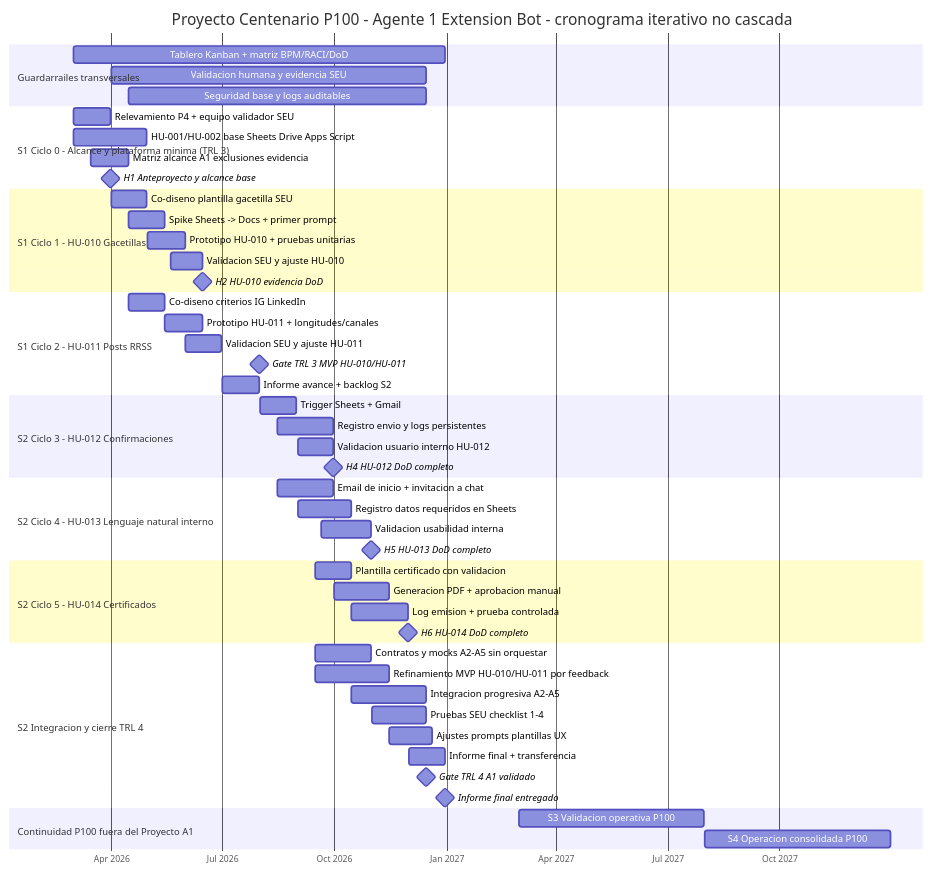
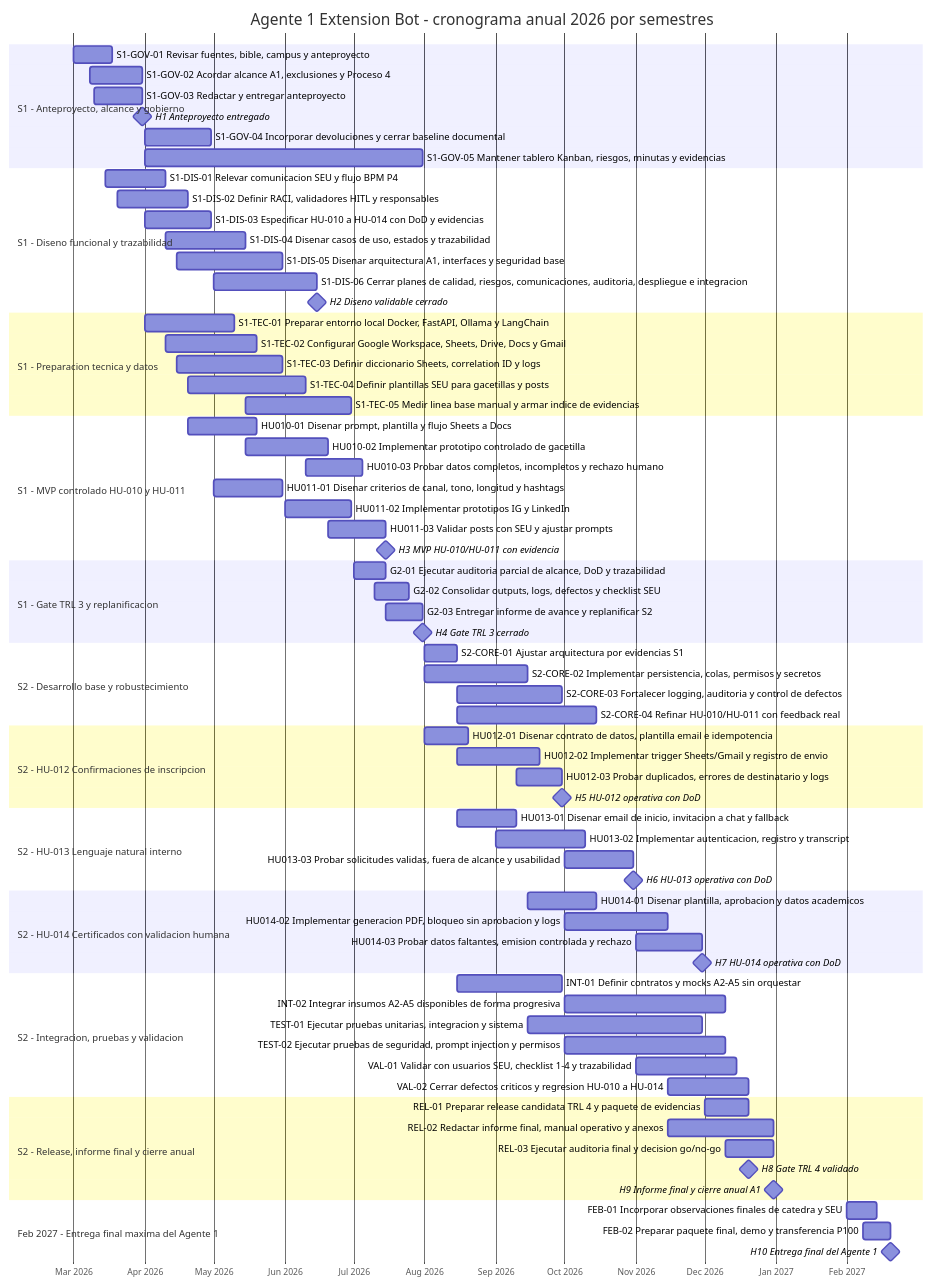
The diagram in Documentos/Gantt/diagrama-gantt-agente-1.mmd (SpendIce/Proyecto-Final), drawn with Mermaid before and after one commit. The commit also changed 3 other files, not shown here.

Commit message:
docs(gantt): focus agente 1 schedule on 2026

```diff
--- a/Documentos/Gantt/diagrama-gantt-agente-1.mmd
+++ b/Documentos/Gantt/diagrama-gantt-agente-1.mmd
@@ -1,62 +1,88 @@
 gantt
-    title Proyecto Centenario P100 - Agente 1 Extension Bot - cronograma iterativo no cascada
+    title Agente 1 Extension Bot - cronograma anual 2026 por semestres
     dateFormat  YYYY-MM-DD
     axisFormat  %b %Y
     todayMarker stroke-width:2px,stroke:#0f766e,opacity:0.6
 
-    section Guardarrailes transversales
-    Tablero Kanban + matriz BPM/RACI/DoD              :guard1, 2026-03-01, 2026-12-31
-    Validacion humana y evidencia SEU                 :guard2, 2026-04-01, 2026-12-15
-    Seguridad base y logs auditables                  :guard3, 2026-04-15, 2026-12-15
+    section S1 - Anteproyecto, alcance y gobierno
+    S1-GOV-01 Revisar fuentes, bible, campus y anteproyecto        :s1gov01, 2026-03-01, 2026-03-18
+    S1-GOV-02 Acordar alcance A1, exclusiones y Proceso 4          :s1gov02, 2026-03-08, 2026-03-31
+    S1-GOV-03 Redactar y entregar anteproyecto                     :s1gov03, 2026-03-10, 2026-03-31
+    H1 Anteproyecto entregado                                      :milestone, h1, 2026-03-31, 0d
+    S1-GOV-04 Incorporar devoluciones y cerrar baseline documental :s1gov04, 2026-04-01, 2026-04-30
+    S1-GOV-05 Mantener tablero Kanban, riesgos, minutas y evidencias :s1gov05, 2026-04-01, 2026-07-31
 
-    section S1 Ciclo 0 - Alcance y plataforma minima (TRL 3)
-    Relevamiento P4 + equipo validador SEU            :c0a, 2026-03-01, 2026-03-31
-    HU-001/HU-002 base Sheets Drive Apps Script       :c0b, 2026-03-01, 2026-04-30
-    Matriz alcance A1 exclusiones evidencia           :c0c, 2026-03-15, 2026-04-15
-    H1 Anteproyecto y alcance base                    :milestone, h1, 2026-03-31, 0d
+    section S1 - Diseno funcional y trazabilidad
+    S1-DIS-01 Relevar comunicacion SEU y flujo BPM P4              :s1dis01, 2026-03-15, 2026-04-10
+    S1-DIS-02 Definir RACI, validadores HITL y responsables        :s1dis02, 2026-03-20, 2026-04-20
+    S1-DIS-03 Especificar HU-010 a HU-014 con DoD y evidencias     :s1dis03, 2026-04-01, 2026-04-30
+    S1-DIS-04 Disenar casos de uso, estados y trazabilidad         :s1dis04, 2026-04-10, 2026-05-15
+    S1-DIS-05 Disenar arquitectura A1, interfaces y seguridad base :s1dis05, 2026-04-15, 2026-05-31
+    S1-DIS-06 Cerrar planes de calidad, riesgos, comunicaciones, auditoria, despliegue e integracion :s1dis06, 2026-05-01, 2026-06-15
+    H2 Diseno validable cerrado                                    :milestone, h2, 2026-06-15, 0d
 
-    section S1 Ciclo 1 - HU-010 Gacetillas
-    Co-diseno plantilla gacetilla SEU                 :c1a, 2026-04-01, 2026-04-30
-    Spike Sheets -> Docs + primer prompt              :c1b, 2026-04-15, 2026-05-15
-    Prototipo HU-010 + pruebas unitarias              :c1c, 2026-05-01, 2026-06-01
-    Validacion SEU y ajuste HU-010                    :c1d, 2026-05-20, 2026-06-15
-    H2 HU-010 evidencia DoD                           :milestone, h2, 2026-06-15, 0d
+    section S1 - Preparacion tecnica y datos
+    S1-TEC-01 Preparar entorno local Docker, FastAPI, Ollama y LangChain :s1tec01, 2026-04-01, 2026-05-10
+    S1-TEC-02 Configurar Google Workspace, Sheets, Drive, Docs y Gmail   :s1tec02, 2026-04-10, 2026-05-20
+    S1-TEC-03 Definir diccionario Sheets, correlation ID y logs          :s1tec03, 2026-04-15, 2026-05-31
+    S1-TEC-04 Definir plantillas SEU para gacetillas y posts             :s1tec04, 2026-04-20, 2026-06-10
+    S1-TEC-05 Medir linea base manual y armar indice de evidencias       :s1tec05, 2026-05-15, 2026-06-30
 
-    section S1 Ciclo 2 - HU-011 Posts RRSS
-    Co-diseno criterios IG LinkedIn                   :c2a, 2026-04-15, 2026-05-15
-    Prototipo HU-011 + longitudes/canales             :c2b, 2026-05-15, 2026-06-15
-    Validacion SEU y ajuste HU-011                    :c2c, 2026-06-01, 2026-06-30
-    Gate TRL 3 MVP HU-010/HU-011                      :milestone, h3, 2026-07-31, 0d
-    Informe avance + backlog S2                       :c2d, 2026-07-01, 2026-07-31
+    section S1 - MVP controlado HU-010 y HU-011
+    HU010-01 Disenar prompt, plantilla y flujo Sheets a Docs       :hu01001, 2026-04-20, 2026-05-20
+    HU010-02 Implementar prototipo controlado de gacetilla         :hu01002, 2026-05-15, 2026-06-20
+    HU010-03 Probar datos completos, incompletos y rechazo humano  :hu01003, 2026-06-10, 2026-07-05
+    HU011-01 Disenar criterios de canal, tono, longitud y hashtags :hu01101, 2026-05-01, 2026-05-31
+    HU011-02 Implementar prototipos IG y LinkedIn                  :hu01102, 2026-06-01, 2026-06-30
+    HU011-03 Validar posts con SEU y ajustar prompts               :hu01103, 2026-06-20, 2026-07-15
+    H3 MVP HU-010/HU-011 con evidencia                             :milestone, h3, 2026-07-15, 0d
 
-    section S2 Ciclo 3 - HU-012 Confirmaciones
-    Trigger Sheets + Gmail                            :c3a, 2026-08-01, 2026-08-31
-    Registro envio y logs persistentes                :c3b, 2026-08-15, 2026-09-30
-    Validacion usuario interno HU-012                 :c3c, 2026-09-01, 2026-09-30
-    H4 HU-012 DoD completo                            :milestone, h4, 2026-09-30, 0d
+    section S1 - Gate TRL 3 y replanificacion
+    G2-01 Ejecutar auditoria parcial de alcance, DoD y trazabilidad :g201, 2026-07-01, 2026-07-15
+    G2-02 Consolidar outputs, logs, defectos y checklist SEU        :g202, 2026-07-10, 2026-07-25
+    G2-03 Entregar informe de avance y replanificar S2              :g203, 2026-07-15, 2026-07-31
+    H4 Gate TRL 3 cerrado                                           :milestone, h4, 2026-07-31, 0d
 
-    section S2 Ciclo 4 - HU-013 Lenguaje natural interno
-    Email de inicio + invitacion a chat               :c4a, 2026-08-15, 2026-09-30
-    Registro datos requeridos en Sheets               :c4b, 2026-09-01, 2026-10-15
-    Validacion usabilidad interna                     :c4c, 2026-09-20, 2026-10-31
-    H5 HU-013 DoD completo                            :milestone, h5, 2026-10-31, 0d
+    section S2 - Desarrollo base y robustecimiento
+    S2-CORE-01 Ajustar arquitectura por evidencias S1              :s2core01, 2026-08-01, 2026-08-15
+    S2-CORE-02 Implementar persistencia, colas, permisos y secretos :s2core02, 2026-08-01, 2026-09-15
+    S2-CORE-03 Fortalecer logging, auditoria y control de defectos :s2core03, 2026-08-15, 2026-09-30
+    S2-CORE-04 Refinar HU-010/HU-011 con feedback real             :s2core04, 2026-08-15, 2026-10-15
 
-    section S2 Ciclo 5 - HU-014 Certificados
-    Plantilla certificado con validacion              :c5a, 2026-09-15, 2026-10-15
-    Generacion PDF + aprobacion manual                :c5b, 2026-10-01, 2026-11-15
-    Log emision + prueba controlada                   :c5c, 2026-10-15, 2026-11-30
-    H6 HU-014 DoD completo                            :milestone, h6, 2026-11-30, 0d
+    section S2 - HU-012 Confirmaciones de inscripcion
+    HU012-01 Disenar contrato de datos, plantilla email e idempotencia :hu01201, 2026-08-01, 2026-08-20
+    HU012-02 Implementar trigger Sheets/Gmail y registro de envio      :hu01202, 2026-08-15, 2026-09-20
+    HU012-03 Probar duplicados, errores de destinatario y logs         :hu01203, 2026-09-10, 2026-09-30
+    H5 HU-012 operativa con DoD                                        :milestone, h5, 2026-09-30, 0d
 
-    section S2 Integracion y cierre TRL 4
-    Contratos y mocks A2-A5 sin orquestar             :int1, 2026-09-15, 2026-10-31
-    Refinamiento MVP HU-010/HU-011 por feedback       :int2, 2026-09-15, 2026-11-15
-    Integracion progresiva A2-A5                      :int3, 2026-10-15, 2026-12-15
-    Pruebas SEU checklist 1-4                         :int4, 2026-11-01, 2026-12-15
-    Ajustes prompts plantillas UX                     :int5, 2026-11-15, 2026-12-20
-    Informe final + transferencia                     :int6, 2026-12-01, 2026-12-31
-    Gate TRL 4 A1 validado                            :milestone, h7, 2026-12-15, 0d
-    Informe final entregado                           :milestone, h8, 2026-12-31, 0d
+    section S2 - HU-013 Lenguaje natural interno
+    HU013-01 Disenar email de inicio, invitacion a chat y fallback :hu01301, 2026-08-15, 2026-09-10
+    HU013-02 Implementar autenticacion, registro y transcript      :hu01302, 2026-09-01, 2026-10-10
+    HU013-03 Probar solicitudes validas, fuera de alcance y usabilidad :hu01303, 2026-10-01, 2026-10-31
+    H6 HU-013 operativa con DoD                                    :milestone, h6, 2026-10-31, 0d
 
-    section Continuidad P100 fuera del Proyecto A1
-    S3 Validacion operativa P100                      :post1, 2027-03-01, 2027-07-31
-    S4 Operacion consolidada P100                     :post2, 2027-08-01, 2027-12-31
+    section S2 - HU-014 Certificados con validacion humana
+    HU014-01 Disenar plantilla, aprobacion y datos academicos      :hu01401, 2026-09-15, 2026-10-15
+    HU014-02 Implementar generacion PDF, bloqueo sin aprobacion y logs :hu01402, 2026-10-01, 2026-11-15
+    HU014-03 Probar datos faltantes, emision controlada y rechazo  :hu01403, 2026-11-01, 2026-11-30
+    H7 HU-014 operativa con DoD                                    :milestone, h7, 2026-11-30, 0d
+
+    section S2 - Integracion, pruebas y validacion
+    INT-01 Definir contratos y mocks A2-A5 sin orquestar           :int01, 2026-08-15, 2026-09-30
+    INT-02 Integrar insumos A2-A5 disponibles de forma progresiva  :int02, 2026-10-01, 2026-12-10
+    TEST-01 Ejecutar pruebas unitarias, integracion y sistema      :test01, 2026-09-15, 2026-11-30
+    TEST-02 Ejecutar pruebas de seguridad, prompt injection y permisos :test02, 2026-10-01, 2026-12-10
+    VAL-01 Validar con usuarios SEU, checklist 1-4 y trazabilidad  :val01, 2026-11-01, 2026-12-15
+    VAL-02 Cerrar defectos criticos y regresion HU-010 a HU-014    :val02, 2026-11-15, 2026-12-20
+
+    section S2 - Release, informe final y cierre anual
+    REL-01 Preparar release candidata TRL 4 y paquete de evidencias :rel01, 2026-12-01, 2026-12-20
+    REL-02 Redactar informe final, manual operativo y anexos        :rel02, 2026-11-15, 2026-12-31
+    REL-03 Ejecutar auditoria final y decision go/no-go             :rel03, 2026-12-10, 2026-12-31
+    H8 Gate TRL 4 validado                                          :milestone, h8, 2026-12-20, 0d
+    H9 Informe final y cierre anual A1                              :milestone, h9, 2026-12-31, 0d
+
+    section Feb 2027 - Entrega final maxima del Agente 1
+    FEB-01 Incorporar observaciones finales de catedra y SEU         :feb01, 2027-02-01, 2027-02-14
+    FEB-02 Preparar paquete final, demo y transferencia P100         :feb02, 2027-02-08, 2027-02-20
+    H10 Entrega final del Agente 1                                   :milestone, h10, 2027-02-20, 0d
```
